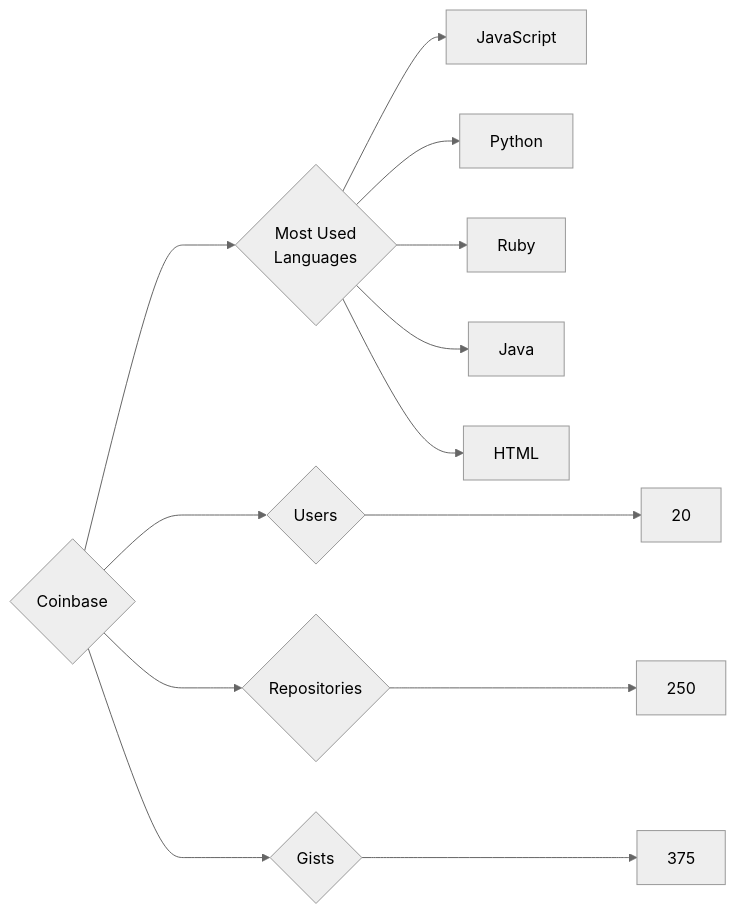
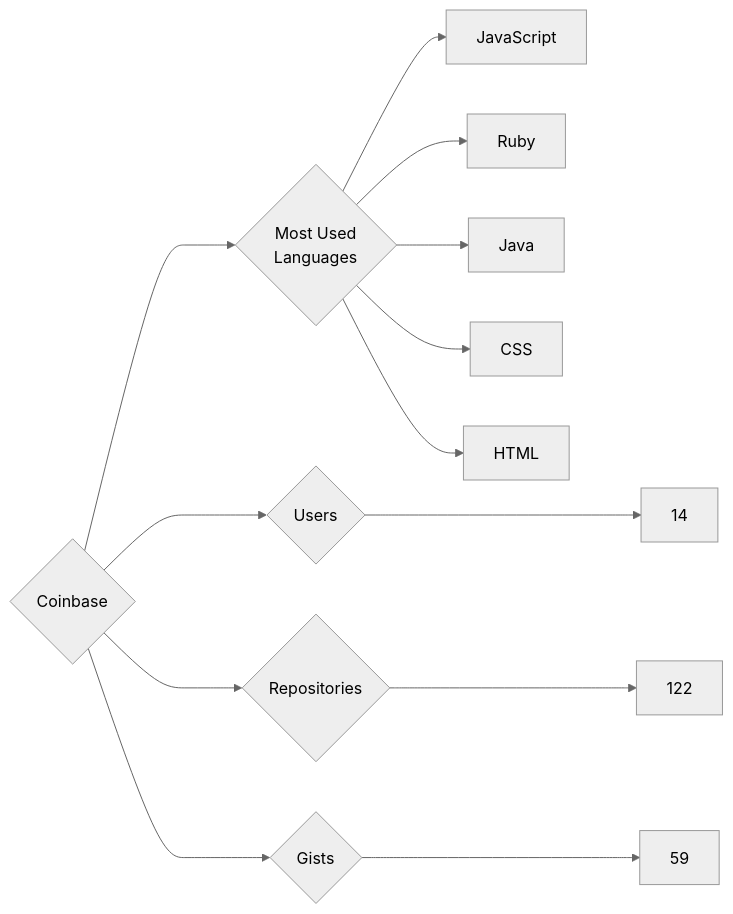
One commit to trickest/insiders changed the diagram in targets/Coinbase/README.md. Above: the diagram before and after it, drawn with Mermaid (neutral theme). The commit also changed 657 other files, not shown here.

````diff
--- a/targets/Coinbase/README.md
+++ b/targets/Coinbase/README.md
@@ -3,13 +3,13 @@
 ```mermaid
 graph LR
 COMPANY_NAME{Coinbase}
-COMPANY_NAME ---> U{Users} ---> UN[20]
-COMPANY_NAME ---> R{Repositories} ---> RN[250]
-COMPANY_NAME ---> G{Gists} ---> GN[375]
+COMPANY_NAME ---> U{Users} ---> UN[14]
+COMPANY_NAME ---> R{Repositories} ---> RN[122]
+COMPANY_NAME ---> G{Gists} ---> GN[59]
 COMPANY_NAME ---> ML{Most Used<br>Languages}
 ML --> JavaScript[JavaScript]
-ML --> Python[Python]
 ML --> Ruby[Ruby]
 ML --> Java[Java]
+ML --> CSS[CSS]
 ML --> HTML[HTML]
 ```
````
